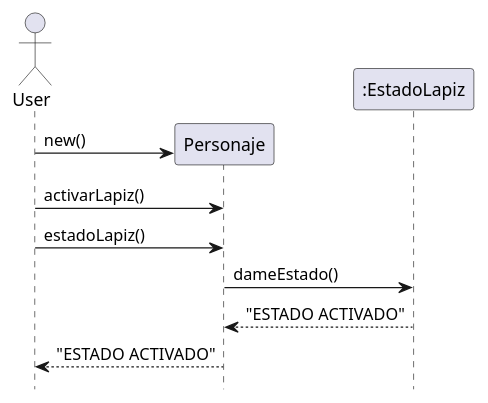
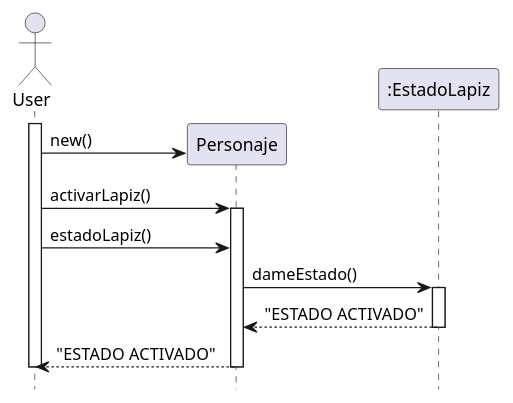
One commit to Lescalante14/Tp2-Algoritmos3-AlgoBlocks changed the diagram in src/main/diagramas/SD_lapiz_activado.puml. Above: the diagram before and after it, drawn with PlantUML. The commit also changed 1 other file, not shown here.

Commit message:
Diagramas de secuencia

```diff
--- a/src/main/diagramas/SD_lapiz_activado.puml
+++ b/src/main/diagramas/SD_lapiz_activado.puml
@@ -1,16 +1,21 @@
 @startuml
 
 hide footbox
 actor User
 
+activate User
 create Personaje
 User -> Personaje: new()
 User -> Personaje: activarLapiz()
+
+activate Personaje
 User -> Personaje: estadoLapiz()
 
 Personaje -> ":EstadoLapiz": dameEstado()
-
+activate ":EstadoLapiz"
 ":EstadoLapiz" --> Personaje: "ESTADO ACTIVADO"
+deactivate ":EstadoLapiz"
 Personaje --> User: "ESTADO ACTIVADO"
-
+deactivate Personaje
+deactivate User
 @enduml
```
